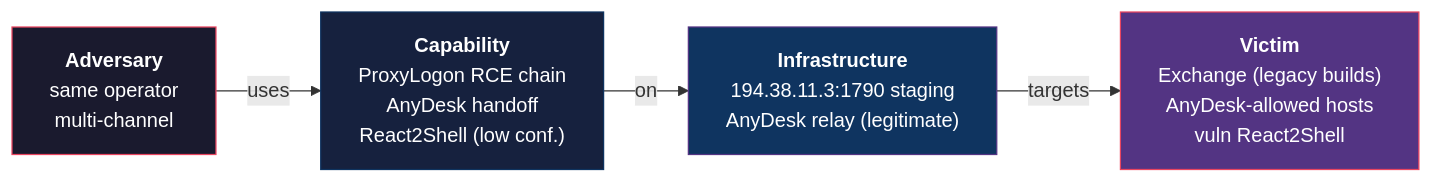
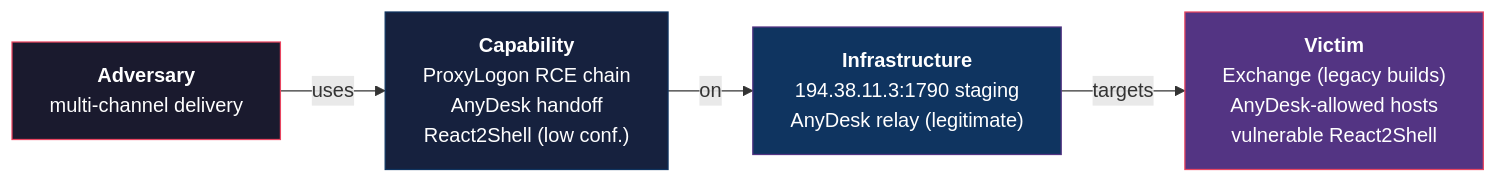
Before and after one commit to karmine05/dirtyfrag-blog: the fourth of 9 diagrams in content/posts/shadow-earth-053-fleet-detections/index.md, drawn with Mermaid. The commit also changed other lines of this file and 2 other files, not shown here.

First line of the commit message:
content(threat-intel): SE053 post v3 — threat-brief tone + SVG overflow + Mermaid fixes

```diff
--- a/content/posts/shadow-earth-053-fleet-detections/index.md
+++ b/content/posts/shadow-earth-053-fleet-detections/index.md
@@ -155,14 +142,14 @@
 {{< mermaid >}}
 graph LR
   classDef adv fill:#1a1a2e,stroke:#e94560,color:#fff
   classDef cap fill:#16213e,stroke:#0f3460,color:#fff
   classDef inf fill:#0f3460,stroke:#533483,color:#fff
   classDef vic fill:#533483,stroke:#e94560,color:#fff
-  A["<b>Adversary</b><br/>same operator<br/>multi-channel"]:::adv
-  C["<b>Capability</b><br/>ProxyLogon RCE chain<br/>AnyDesk handoff<br/>React2Shell (low conf.)"]:::cap
-  I["<b>Infrastructure</b><br/>194.38.11.3:1790 staging<br/>AnyDesk relay (legitimate)"]:::inf
-  V["<b>Victim</b><br/>Exchange (legacy builds)<br/>AnyDesk-allowed hosts<br/>vuln React2Shell"]:::vic
+  A["<b>Adversary</b><br>multi-channel delivery"]:::adv
+  C["<b>Capability</b><br>ProxyLogon RCE chain<br>AnyDesk handoff<br>React2Shell (low conf.)"]:::cap
+  I["<b>Infrastructure</b><br>194.38.11.3:1790 staging<br>AnyDesk relay (legitimate)"]:::inf
+  V["<b>Victim</b><br>Exchange (legacy builds)<br>AnyDesk-allowed hosts<br>vulnerable React2Shell"]:::vic
   A -->|uses| C
   C -->|on| I
   I -->|targets| V
 {{< /mermaid >}}
```
